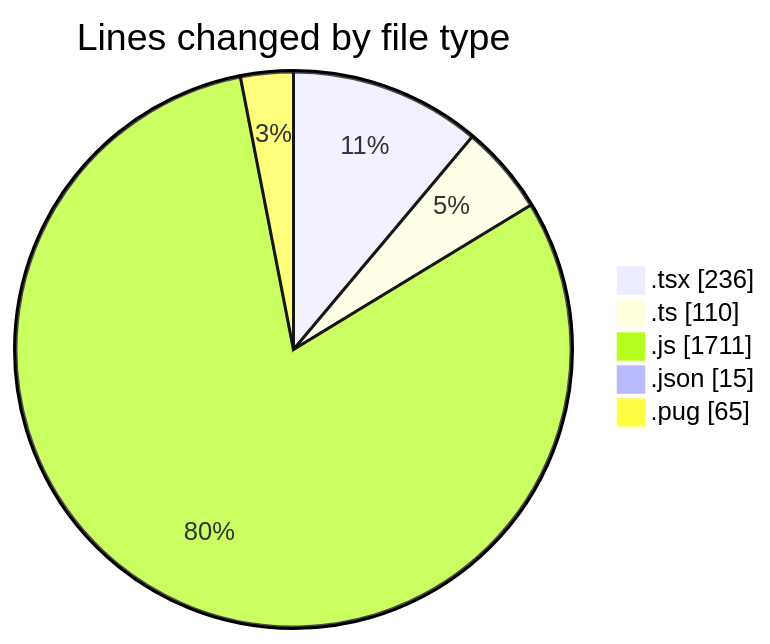
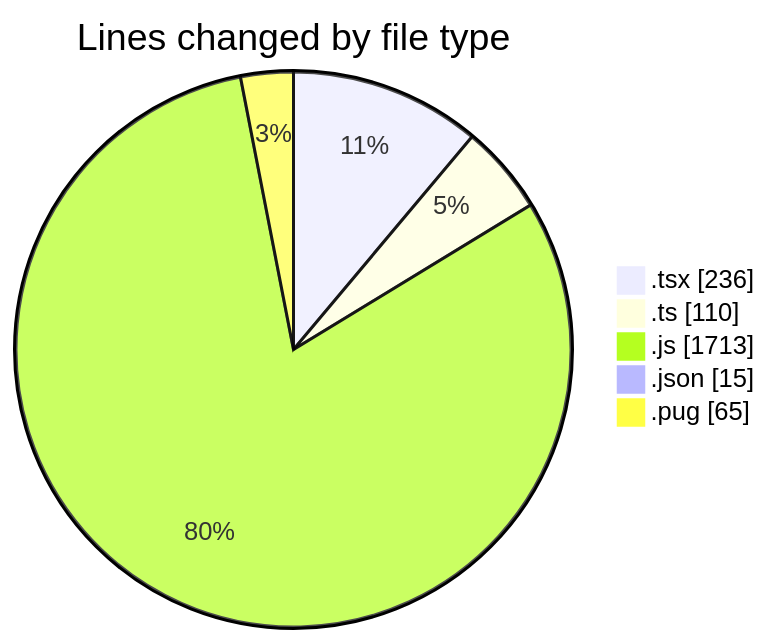
One commit to momahboobian/code-tracking changed the first of 2 diagrams in 2025-03-24/cda/README.md. Above: the diagram before and after it, drawn with Mermaid. The commit also changed other lines of this file and 1 other file, not shown here.

````diff
--- a/2025-03-24/cda/README.md
+++ b/2025-03-24/cda/README.md
@@ -30,9 +30,9 @@
 ```mermaid
 pie showData
 title Lines changed by file type
 ".tsx" : 236
 ".ts" : 110
-".js" : 1711
+".js" : 1713
 ".json" : 15
 ".pug" : 65
 ```
````
